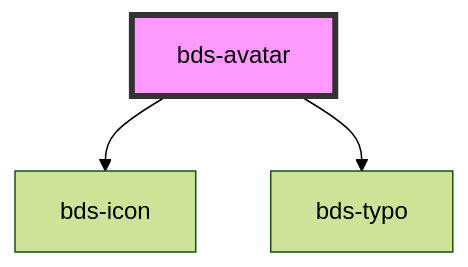
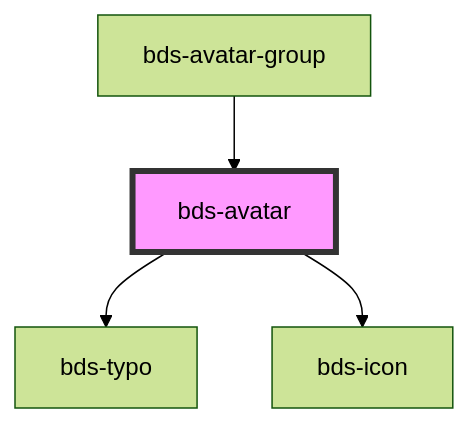
One commit to takenet/blip-ds changed the diagram in src/components/avatar/readme.md. Above: the diagram before and after it, drawn with Mermaid (forest theme). The commit also changed other lines of this file and 8 other files, not shown here.

Commit message:
feat(avatar): Inserting first version of avatar group component

````diff
--- a/src/components/avatar/readme.md
+++ b/src/components/avatar/readme.md
@@ -26,6 +31,7 @@
 ```mermaid
 graph TD;
+  bds-avatar --> bds-typo
   bds-avatar --> bds-icon
-  bds-avatar --> bds-typo
+  bds-avatar-group --> bds-avatar
   style bds-avatar fill:#f9f,stroke:#333,stroke-width:4px
 ```
````
